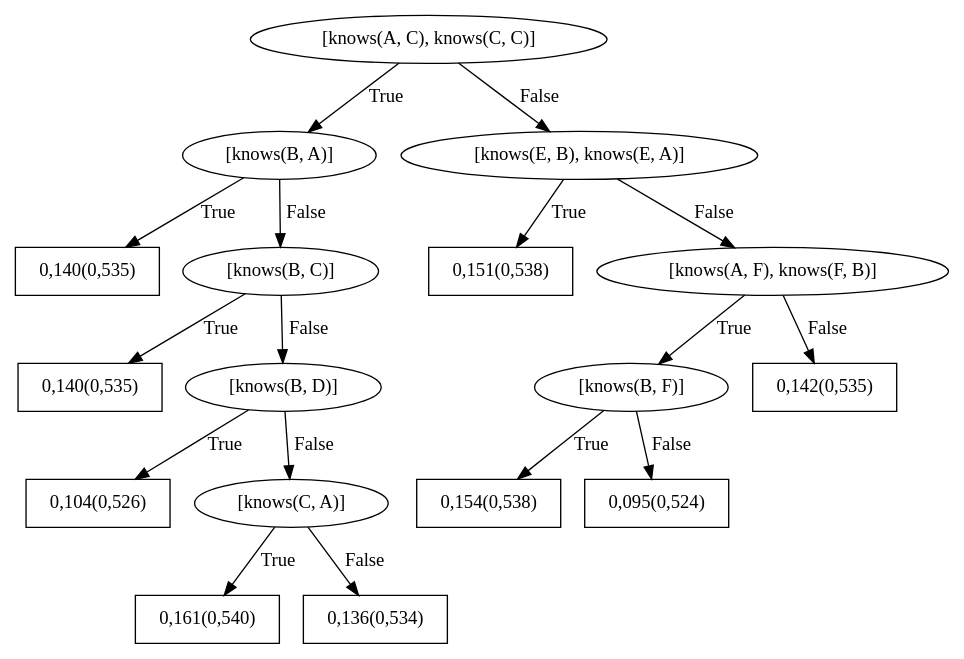
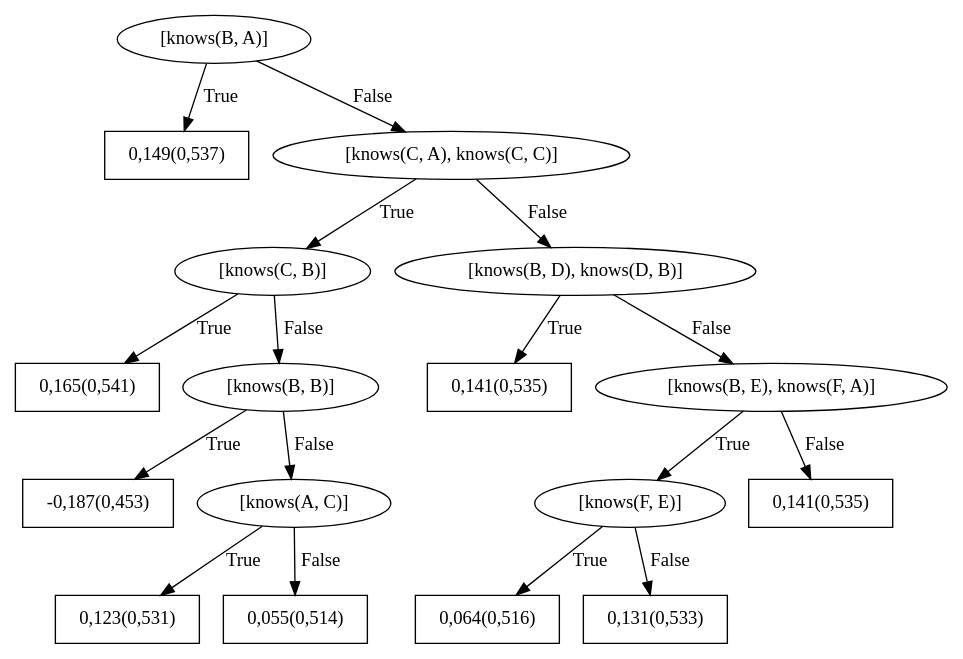
Before and after one commit to GabrielaPC/Trabalho-SRL: the diagram in SRLBoost/data/trust/train/models/bRDNs/dotFiles/WILLTreeFor_trusts8.dot, drawn with Graphviz. The commit also changed 63 other files, not shown here.

```diff
--- a/SRLBoost/data/trust/train/models/bRDNs/dotFiles/WILLTreeFor_trusts8.dot
+++ b/SRLBoost/data/trust/train/models/bRDNs/dotFiles/WILLTreeFor_trusts8.dot
@@ -1,35 +1,35 @@
 digraph G{ 
-1[label = "[knows(A, C), knows(C, C)]"];
+1[label = "[knows(B, A)]"];
 1 -> 2[label="True"];
 1 -> 3[label="False"];
-2[label = "[knows(B, A)]"];
-2 -> 4[label="True"];
-2 -> 5[label="False"];
-4[shape = box,label = "0,140(0,535)"];
-5[label = "[knows(B, C)]"];
-5 -> 6[label="True"];
-5 -> 7[label="False"];
-6[shape = box,label = "0,140(0,535)"];
-7[label = "[knows(B, D)]"];
+2[shape = box,label = "0,149(0,537)"];
+3[label = "[knows(C, A), knows(C, C)]"];
+3 -> 4[label="True"];
+3 -> 5[label="False"];
+4[label = "[knows(C, B)]"];
+4 -> 6[label="True"];
+4 -> 7[label="False"];
+6[shape = box,label = "0,165(0,541)"];
+7[label = "[knows(B, B)]"];
 7 -> 8[label="True"];
 7 -> 9[label="False"];
-8[shape = box,label = "0,104(0,526)"];
-9[label = "[knows(C, A)]"];
+8[shape = box,label = "-0,187(0,453)"];
+9[label = "[knows(A, C)]"];
 9 -> 10[label="True"];
 9 -> 11[label="False"];
-10[shape = box,label = "0,161(0,540)"];
-11[shape = box,label = "0,136(0,534)"];
-3[label = "[knows(E, B), knows(E, A)]"];
-3 -> 12[label="True"];
-3 -> 13[label="False"];
-12[shape = box,label = "0,151(0,538)"];
-13[label = "[knows(A, F), knows(F, B)]"];
+10[shape = box,label = "0,123(0,531)"];
+11[shape = box,label = "0,055(0,514)"];
+5[label = "[knows(B, D), knows(D, B)]"];
+5 -> 12[label="True"];
+5 -> 13[label="False"];
+12[shape = box,label = "0,141(0,535)"];
+13[label = "[knows(B, E), knows(F, A)]"];
 13 -> 14[label="True"];
 13 -> 15[label="False"];
-14[label = "[knows(B, F)]"];
+14[label = "[knows(F, E)]"];
 14 -> 16[label="True"];
 14 -> 17[label="False"];
-16[shape = box,label = "0,154(0,538)"];
-17[shape = box,label = "0,095(0,524)"];
-15[shape = box,label = "0,142(0,535)"];
+16[shape = box,label = "0,064(0,516)"];
+17[shape = box,label = "0,131(0,533)"];
+15[shape = box,label = "0,141(0,535)"];
 }
```
